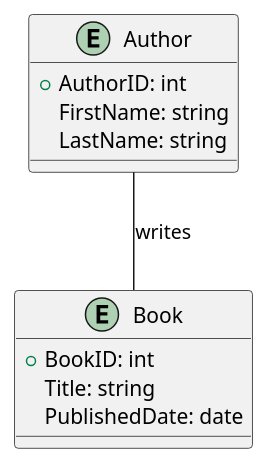
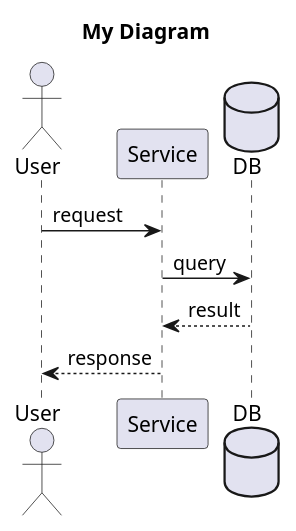
One commit to keugenek/plantuml-ent-kit changed the diagram in README.md. Above: the diagram before and after it, drawn with PlantUML. The commit also changed other lines of this file and 21 other files, not shown here.

First line of the commit message:
Split repo: Move infrastructure to plantuml-ent-kit-infra

````diff
--- a/README.md
+++ b/README.md
@@ -64,17 +87,15 @@
 ```plantuml
 @startuml
-entity "Author" as author {
-  +AuthorID: int
-  FirstName: string
-  LastName: string
-}
+title My Diagram
 
-entity "Book" as book {
-  +BookID: int
-  Title: string
-  PublishedDate: date
-}
+actor User
+participant "Service" as S
+database "DB" as DB
 
-author -- book : writes
+User -> S: request
+S -> DB: query
+DB --> S: result
+S --> User: response
+
 @enduml
 ```
````
